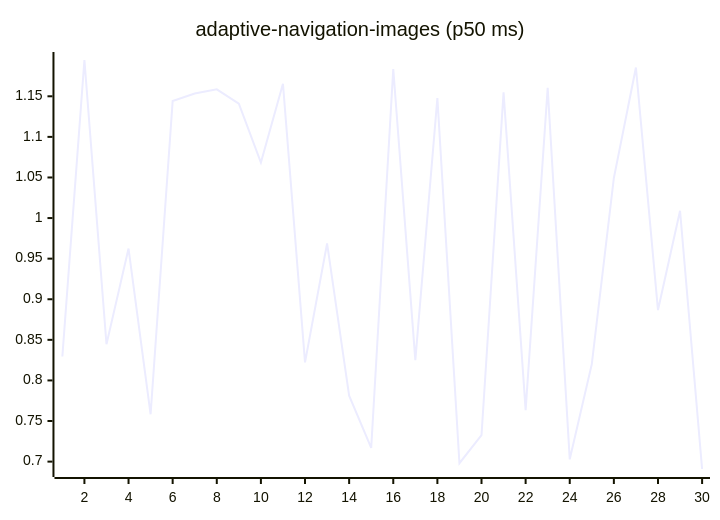
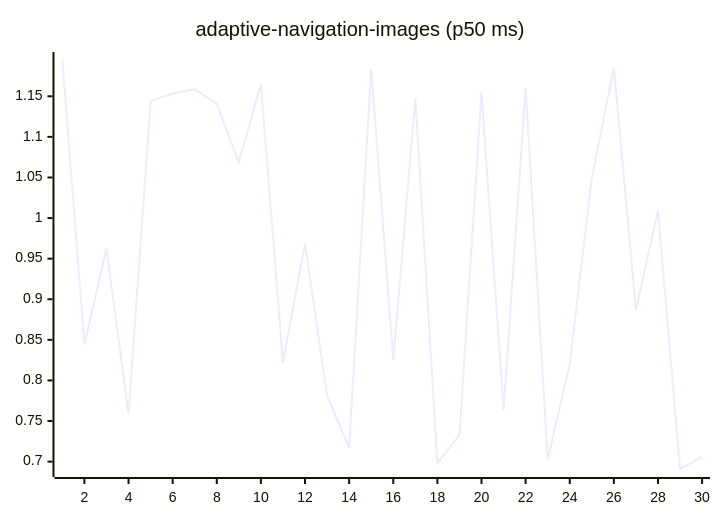
One commit to josha/Facet changed the first of 27 diagrams in README.md. Above: the diagram before and after it, drawn with Mermaid. The commit also changed other lines of this file and 2 other files, not shown here.

````diff
--- a/README.md
+++ b/README.md
@@ -63,6 +63,6 @@
 ```mermaid
 xychart-beta
     title "adaptive-navigation-images (p50 ms)"
     x-axis 1 --> 30
-    line [0.8295, 1.1947, 0.8446, 0.9624, 0.7583, 1.1441, 1.1535, 1.1586, 1.1410, 1.0683, 1.1655, 0.8222, 0.9687, 0.7812, 0.7168, 1.1836, 0.8250, 1.1478, 0.6980, 0.7325, 1.1549, 0.7635, 1.1603, 0.7028, 0.8201, 1.0494, 1.1854, 0.8867, 1.0090, 0.6909]
+    line [1.1947, 0.8446, 0.9624, 0.7583, 1.1441, 1.1535, 1.1586, 1.1410, 1.0683, 1.1655, 0.8222, 0.9687, 0.7812, 0.7168, 1.1836, 0.8250, 1.1478, 0.6980, 0.7325, 1.1549, 0.7635, 1.1603, 0.7028, 0.8201, 1.0494, 1.1854, 0.8867, 1.0090, 0.6909, 0.7058]
 ```
````
